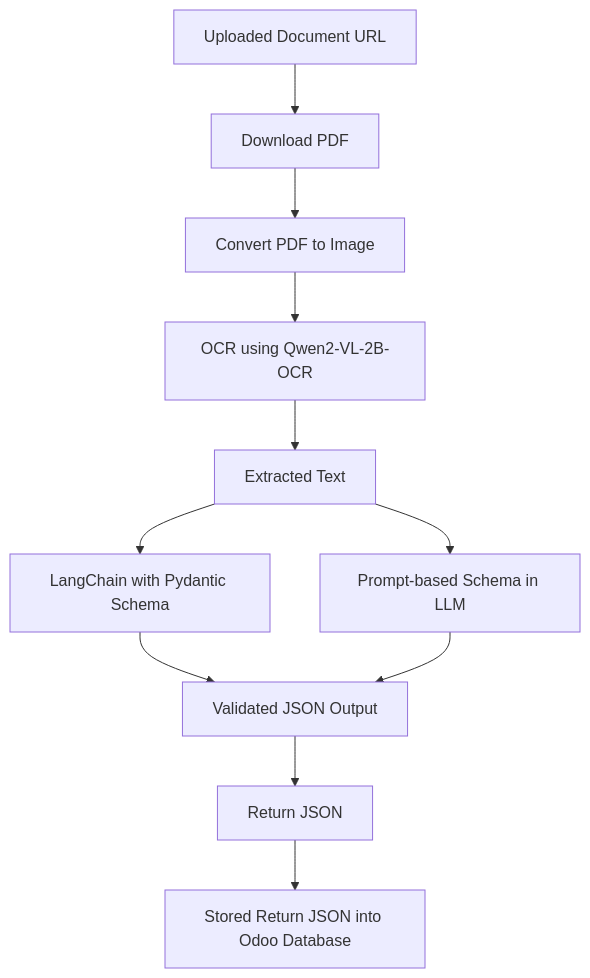
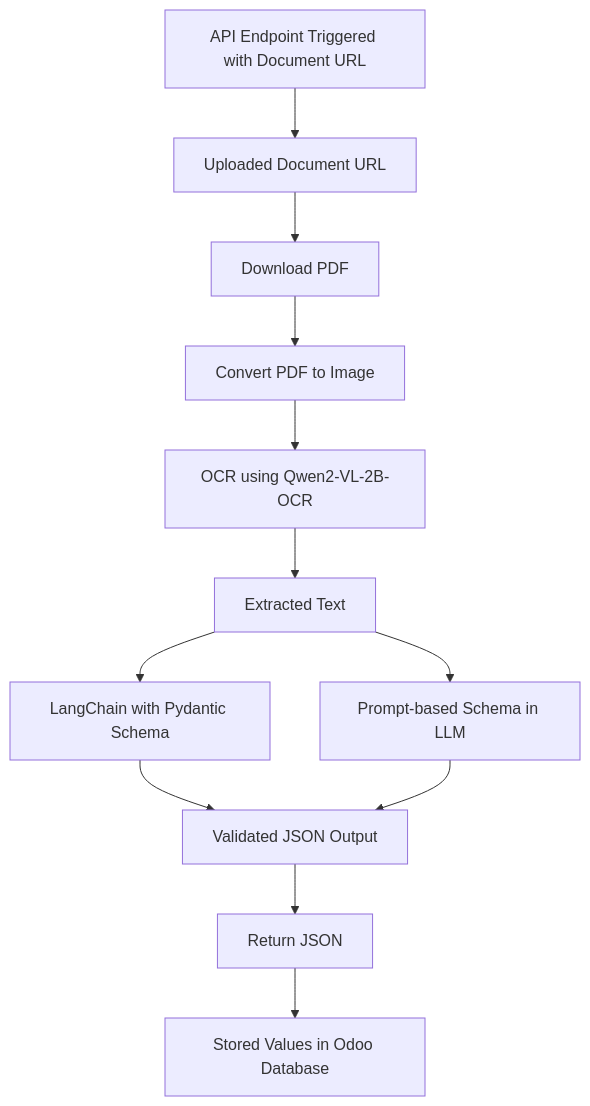
Before and after one commit to Mohammedkh97/Machine-Learning-Projects: the diagram in Ai_Document_Extractor/README.md, drawn with Mermaid. The commit also changed other lines of this file and 30 other files, not shown here.

````diff
--- a/Ai_Document_Extractor/README.md
+++ b/Ai_Document_Extractor/README.md
@@ -53,15 +33,16 @@
 ```mermaid
 flowchart TD
-    A[Uploaded Document URL] --> B[Download PDF]
+    Z[API Endpoint Triggered with Document URL] --> A[Uploaded Document URL]
+    A --> B[Download PDF]
     B --> C[Convert PDF to Image]
     C --> D[OCR using Qwen2-VL-2B-OCR]
     D --> E[Extracted Text]
 
     E --> F1[LangChain with Pydantic Schema]
     E --> F2[Prompt-based Schema in LLM]
 
     F1 --> G[Validated JSON Output]
     F2 --> G[Validated JSON Output]
     G --> H[Return JSON]
-    H --> I[Stored Return JSON into Odoo Database]
+    H --> I[Stored Values in Odoo Database]
 ```
````
